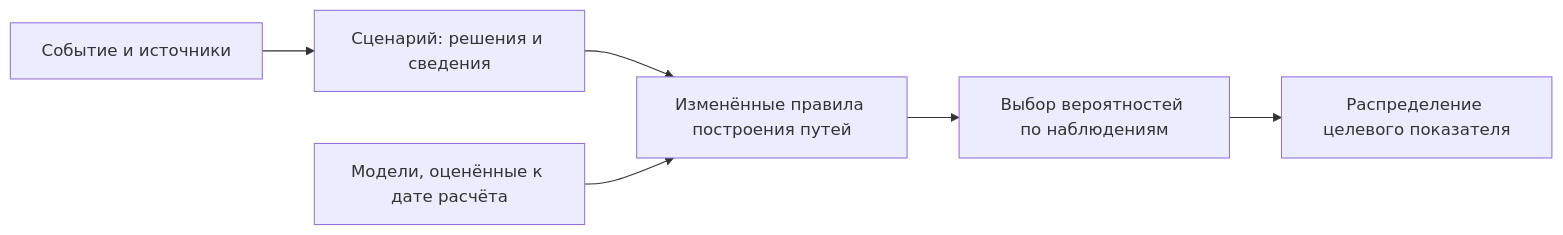
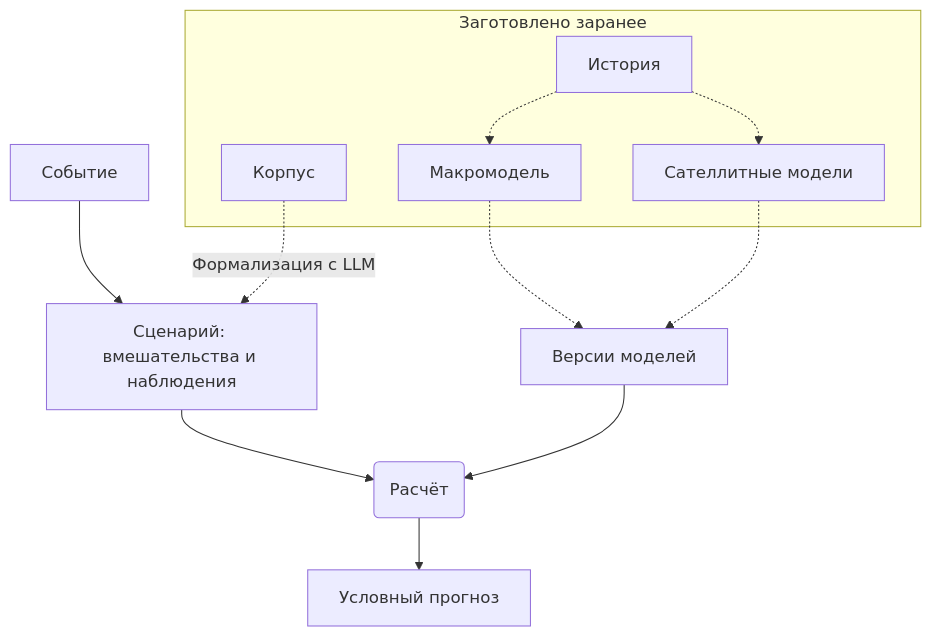
The diagram in docs/concept/formalization.md (LeoLourson/MacroStress-DSH), drawn with Mermaid before and after one commit. The commit also changed other lines of this file and 62 other files, not shown here.

````diff
--- a/docs/concept/formalization.md
+++ b/docs/concept/formalization.md
@@ -11,8 +11,15 @@
 ```mermaid
-flowchart LR
-    E["Событие и источники"] --> S["Сценарий: решения и сведения"]
-    S --> I["Изменённые правила построения путей"]
-    M["Модели, оценённые к дате расчёта"] --> I
-    I --> O["Выбор вероятностей по наблюдениям"]
-    O --> R["Распределение целевого показателя"]
+flowchart TB
+    E["Событие"] --> S["Сценарий: вмешательства и наблюдения"]
+    S --> C("Расчёт")
+    V["Версии моделей"] --> C
+    C --> R["Условный прогноз"]
+    subgraph prepared["Заготовлено заранее"]
+        K["Корпус"]
+        H["История"] -.-> M["Макромодель"]
+        H -.-> N["Сателлитные модели"]
+    end
+    K -.->|Формализация с LLM| S
+    M -.-> V
+    N -.-> V
 ```
````
